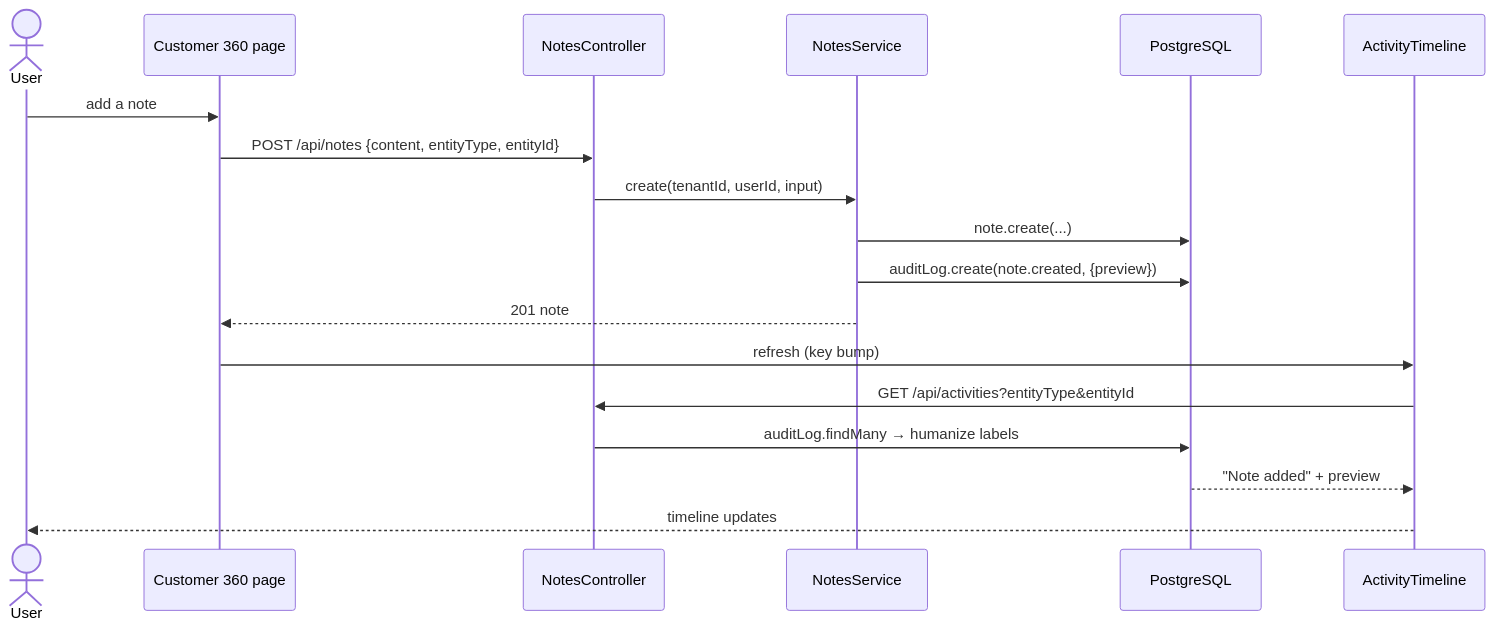
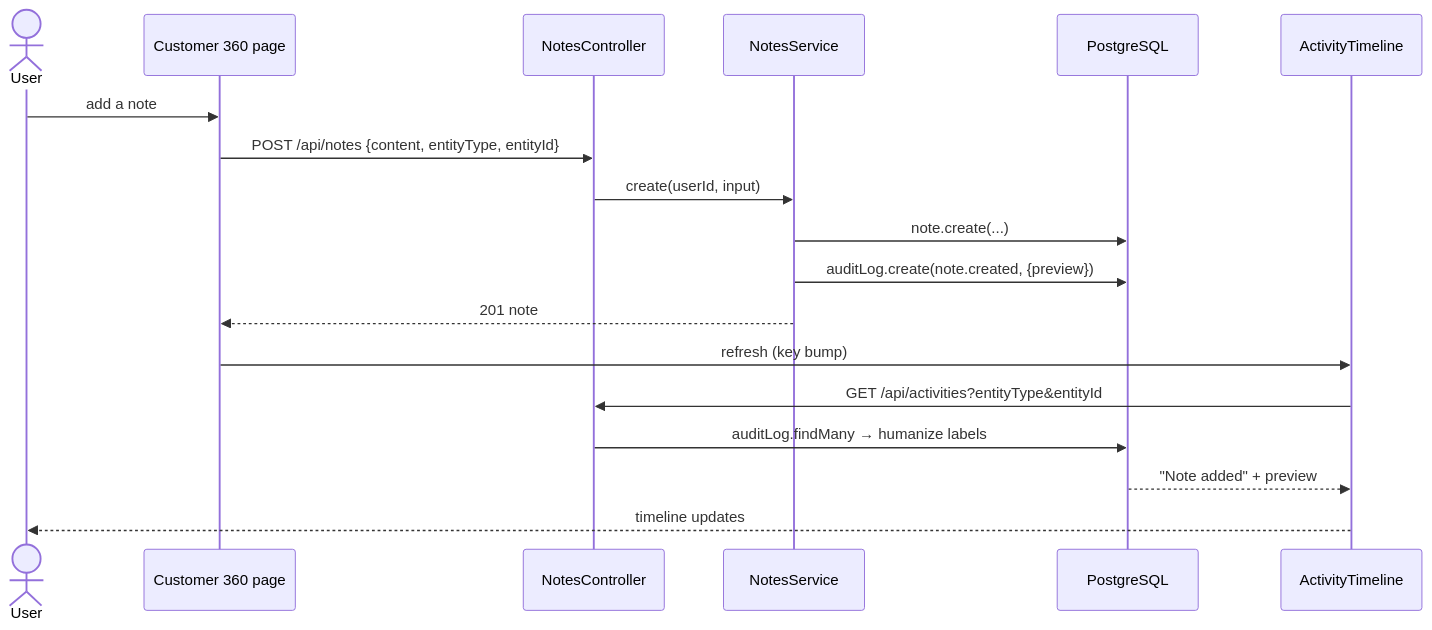
The third of 5 diagrams in docs/sequence-diagrams.md (BirhanuB123/BetFlow-CRM), drawn with Mermaid before and after one commit. The commit also changed other lines of this file and 229 other files, not shown here.

````diff
--- a/docs/sequence-diagrams.md
+++ b/docs/sequence-diagrams.md
@@ -84,21 +77,21 @@
 ```mermaid
 sequenceDiagram
     actor User
     participant Web as Customer 360 page
     participant Ctrl as NotesController
     participant Svc as NotesService
     participant DB as PostgreSQL
     participant TL as ActivityTimeline
 
     User->>Web: add a note
     Web->>Ctrl: POST /api/notes {content, entityType, entityId}
-    Ctrl->>Svc: create(tenantId, userId, input)
+    Ctrl->>Svc: create(userId, input)
     Svc->>DB: note.create(...)
     Svc->>DB: auditLog.create(note.created, {preview})
     Svc-->>Web: 201 note
     Web->>TL: refresh (key bump)
     TL->>Ctrl: GET /api/activities?entityType&entityId
     Ctrl->>DB: auditLog.findMany → humanize labels
     DB-->>TL: "Note added" + preview
     TL-->>User: timeline updates
 ```
````
